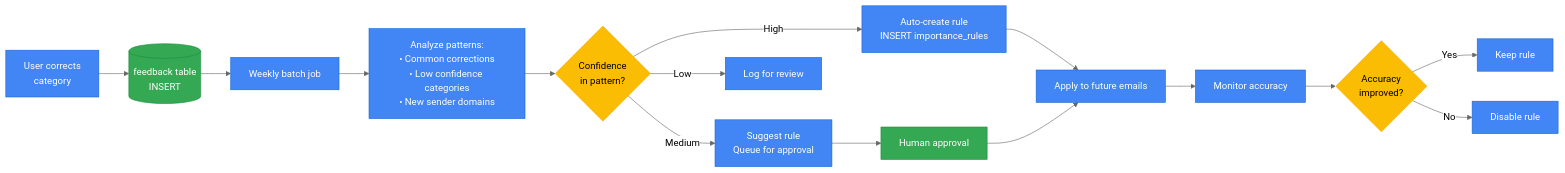
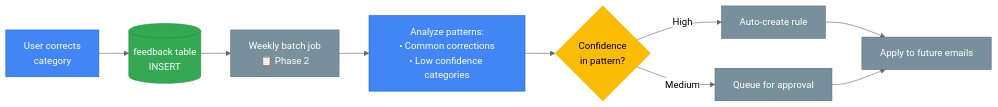
One commit to sm0neymak3r/gmail-agent-assistant changed the third of 3 diagrams in data_flow_state.md. Above: the diagram before and after it, drawn with Mermaid (neutral theme). The commit also changed other lines of this file and 29 other files, not shown here.

````diff
--- a/data_flow_state.md
+++ b/data_flow_state.md
@@ -377,31 +254,26 @@
 ```mermaid
 flowchart LR
     A[User corrects<br/>category] --> B[(feedback table<br/>INSERT)]
 
-    B --> C[Weekly batch job]
+    B --> C[Weekly batch job<br/>📋 Phase 2]
 
-    C --> D[Analyze patterns:<br/>• Common corrections<br/>• Low confidence categories<br/>• New sender domains]
+    C --> D[Analyze patterns:<br/>• Common corrections<br/>• Low confidence categories]
 
     D --> E{Confidence<br/>in pattern?}
 
-    E -->|High| F[Auto-create rule<br/>INSERT importance_rules]
-    E -->|Medium| G[Suggest rule<br/>Queue for approval]
-    E -->|Low| H[Log for review]
+    E -->|High| F[Auto-create rule]
+    E -->|Medium| G[Queue for approval]
 
-    F --> I[Apply to future emails]
-    G --> J[Human approval]
-    J --> I
-
-    I --> K[Monitor accuracy]
-    K --> L{Accuracy<br/>improved?}
-    L -->|Yes| M[Keep rule]
-    L -->|No| N[Disable rule]
+    F --> H[Apply to future emails]
+    G --> H
 
     classDef process fill:#4285F4,stroke:#1967D2,color:#fff
     classDef decision fill:#FBBC04,stroke:#F9AB00,color:#000
     classDef db fill:#34A853,stroke:#1E8E3E,color:#fff
+    classDef future fill:#78909C,stroke:#546E7A,color:#fff
 
-    class A,C,D,F,G,H,I,K,M,N process
-    class E,L decision
-    class B,J db
+    class A,D process
+    class E decision
+    class B db
+    class C,F,G,H future
 ```
````
